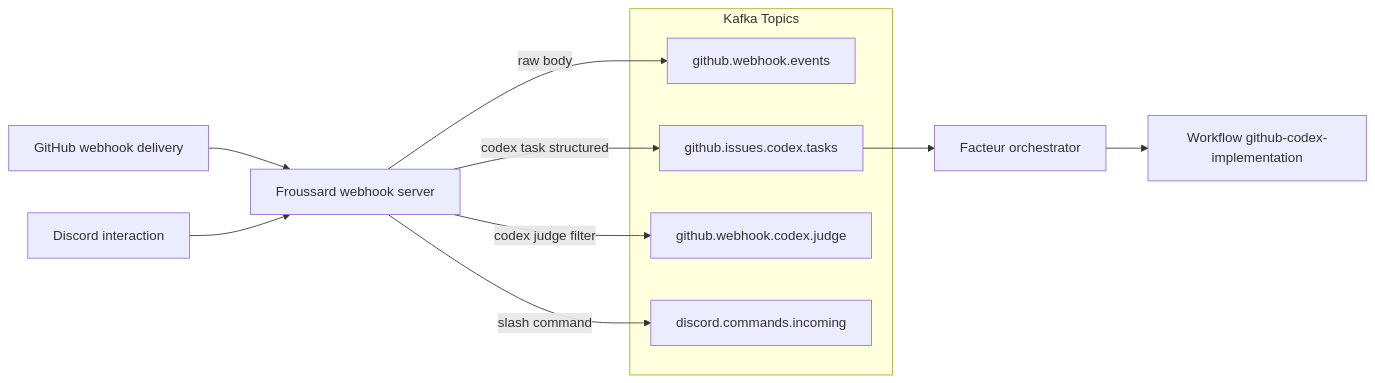
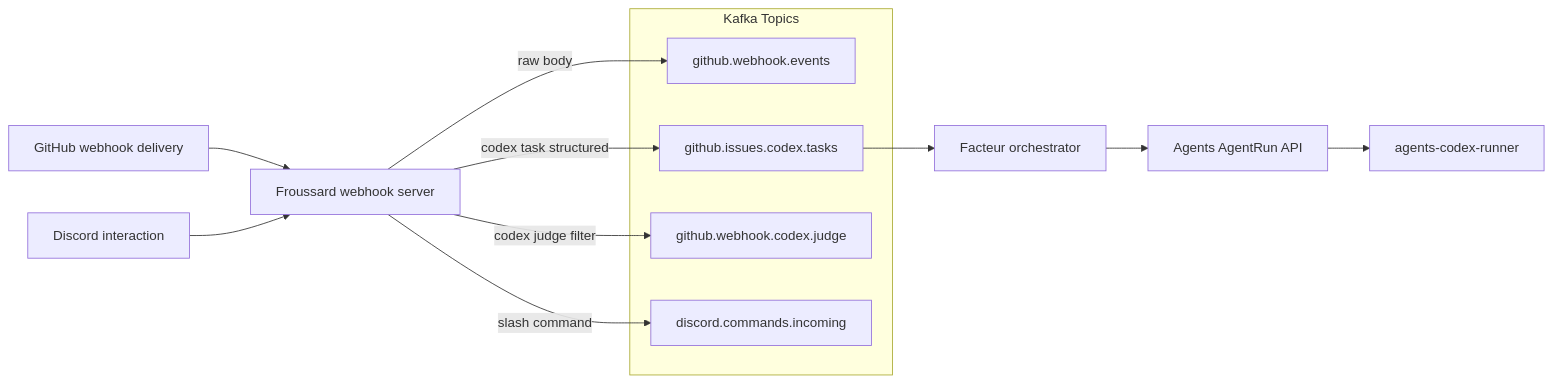
The diagram in apps/froussard/README.md (proompteng/lab), drawn with Mermaid before and after one commit. The commit also changed other lines of this file and 28 other files, not shown here.

Commit message:
refactor(agents): route facteur codex runs through agentruns

````diff
--- a/apps/froussard/README.md
+++ b/apps/froussard/README.md
@@ -10,17 +10,18 @@
 ```mermaid
 flowchart LR
   GH[GitHub webhook delivery] --> Froussard[Froussard webhook server]
   Discord[Discord interaction] --> Froussard
   subgraph Kafka Topics
     Raw[github.webhook.events]
     Structured[github.issues.codex.tasks]
     CodexJudge[github.webhook.codex.judge]
     DiscordTopic[discord.commands.incoming]
   end
   Froussard -->|raw body| Raw
   Froussard -->|codex judge filter| CodexJudge
   Froussard -->|codex task structured| Structured
   Froussard -->|slash command| DiscordTopic
   Structured --> Facteur[Facteur orchestrator]
-  Facteur --> Implementation[Workflow github-codex-implementation]
+  Facteur --> Agents[Agents AgentRun API]
+  Agents --> Runner[agents-codex-runner]
 ```
````
